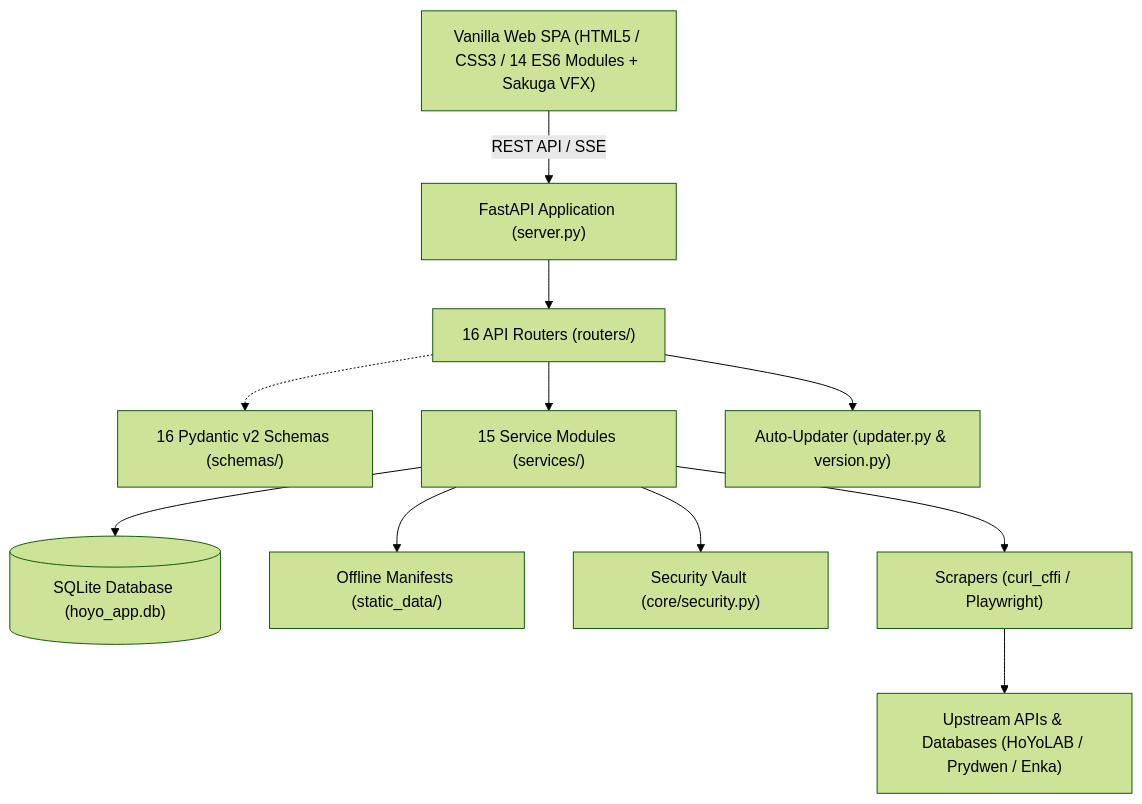
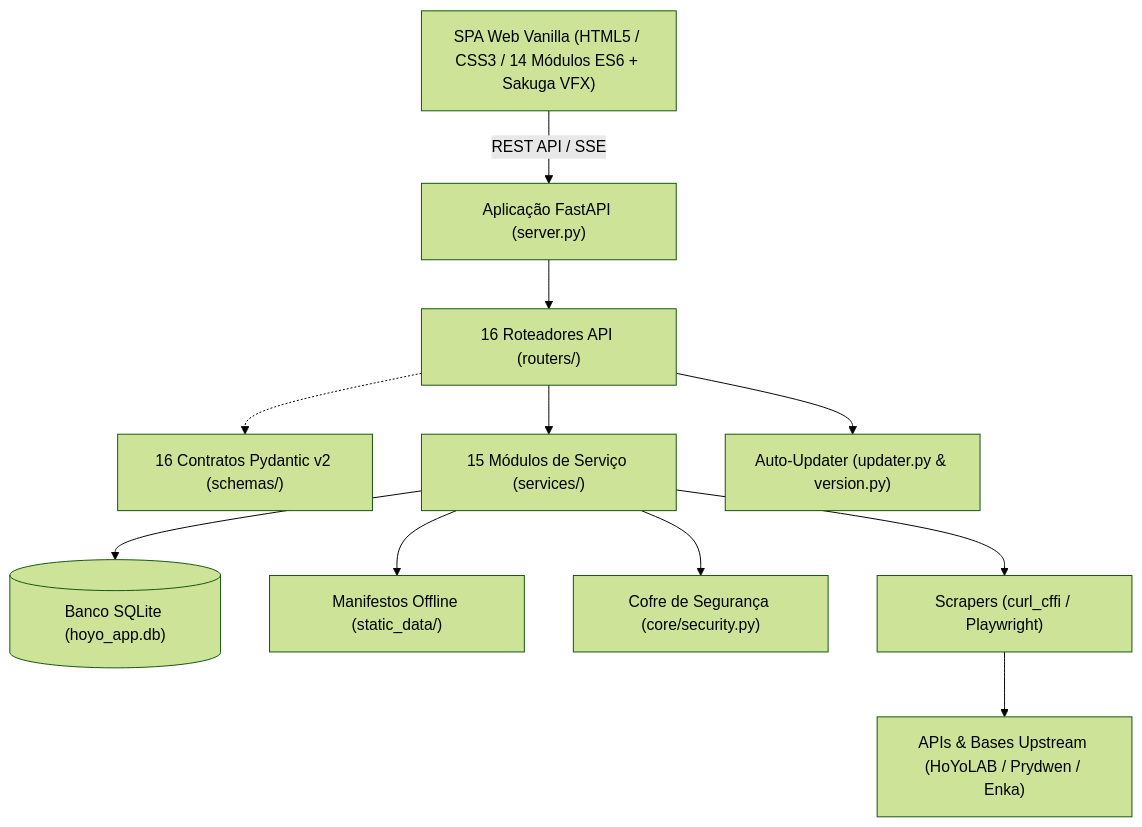
The diagram in README.md (Lacas0010/Cabeca_de_Droid), drawn with Mermaid (forest theme) before and after one commit. The commit also changed other lines of this file and 2 other files, not shown here.

````diff
--- a/README.md
+++ b/README.md
@@ -196,13 +193,13 @@
 ```mermaid
 graph TD
-    UI["Vanilla Web SPA (HTML5 / CSS3 / 14 ES6 Modules + Sakuga VFX)"] -->|REST API / SSE| API["FastAPI Application (server.py)"]
-    API --> Routers["16 API Routers (routers/)"]
-    Routers -.-> Schemas["16 Pydantic v2 Schemas (schemas/)"]
-    Routers --> Services["15 Service Modules (services/)"]
+    UI["SPA Web Vanilla (HTML5 / CSS3 / 14 Módulos ES6 + Sakuga VFX)"] -->|REST API / SSE| API["Aplicação FastAPI (server.py)"]
+    API --> Routers["16 Roteadores API (routers/)"]
+    Routers -.-> Schemas["16 Contratos Pydantic v2 (schemas/)"]
+    Routers --> Services["15 Módulos de Serviço (services/)"]
     Routers --> Updater["Auto-Updater (updater.py & version.py)"]
-    Services --> DB[("SQLite Database (hoyo_app.db)")]
-    Services --> Static["Offline Manifests (static_data/)"]
-    Services --> Vault["Security Vault (core/security.py)"]
+    Services --> DB[("Banco SQLite (hoyo_app.db)")]
+    Services --> Static["Manifestos Offline (static_data/)"]
+    Services --> Vault["Cofre de Segurança (core/security.py)"]
     Services --> Scrapers["Scrapers (curl_cffi / Playwright)"]
-    Scrapers --> Ext["Upstream APIs & Databases (HoYoLAB / Prydwen / Enka)"]
+    Scrapers --> Ext["APIs & Bases Upstream (HoYoLAB / Prydwen / Enka)"]
 ```
````
